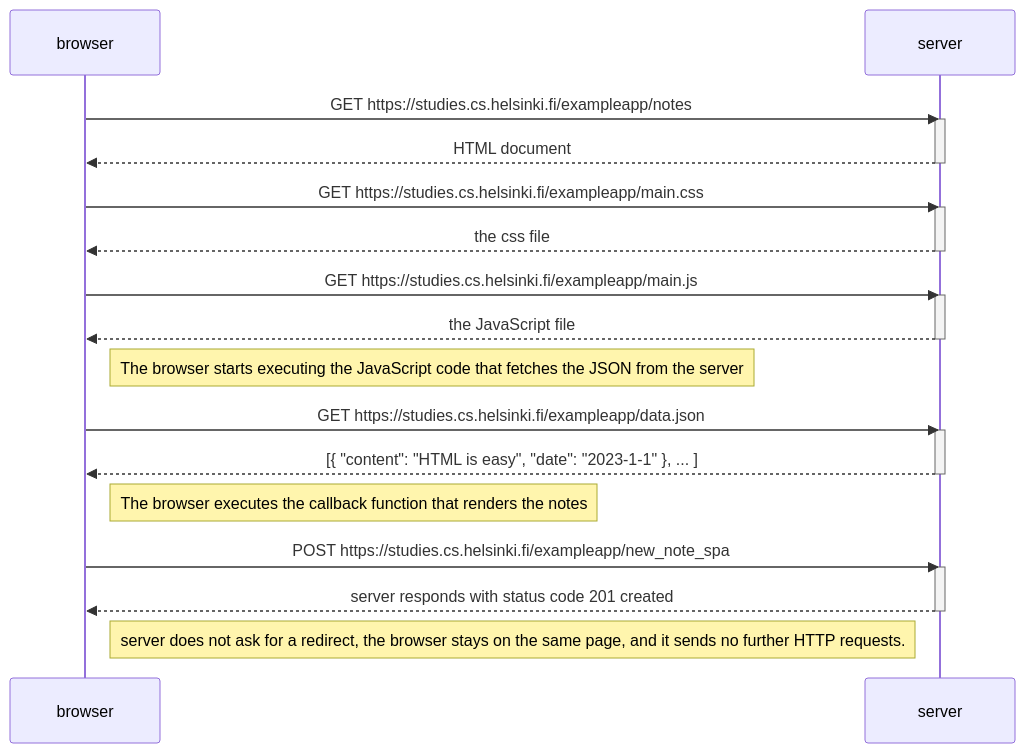
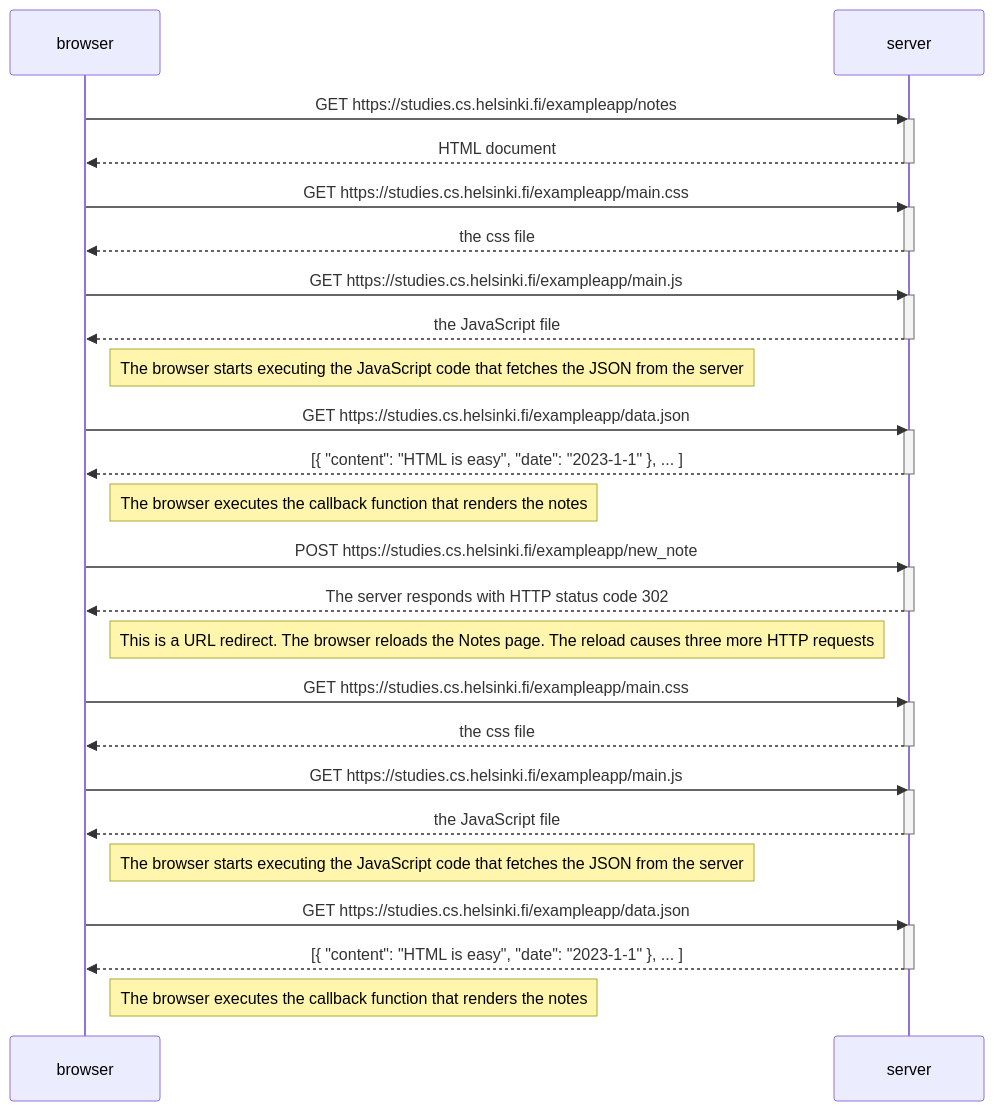
One commit to alifzwan/FullStack-Open changed the diagram in part0/new-note-diagram/README.md. Above: the diagram before and after it, drawn with Mermaid.

````diff
--- a/part0/new-note-diagram/README.md
+++ b/part0/new-note-diagram/README.md
@@ -1,38 +1,57 @@
 ```mermaid
 sequenceDiagram
     participant browser
     participant server
 
     browser->>server: GET https://studies.cs.helsinki.fi/exampleapp/notes
     activate server
     server-->>browser: HTML document
     deactivate server
 
     browser->>server: GET https://studies.cs.helsinki.fi/exampleapp/main.css
     activate server
     server-->>browser: the css file
     deactivate server
 
     browser->>server: GET https://studies.cs.helsinki.fi/exampleapp/main.js
     activate server
     server-->>browser: the JavaScript file
     deactivate server
 
     Note right of browser: The browser starts executing the JavaScript code that fetches the JSON from the server
 
     browser->>server: GET https://studies.cs.helsinki.fi/exampleapp/data.json
     activate server
     server-->>browser: [{ "content": "HTML is easy", "date": "2023-1-1" }, ... ]
     deactivate server
 
     Note right of browser: The browser executes the callback function that renders the notes
 
-    browser->>server: POST https://studies.cs.helsinki.fi/exampleapp/new_note_spa
+    browser->>server: POST https://studies.cs.helsinki.fi/exampleapp/new_note
     activate server
-    server-->>browser: server responds with status code 201 created
+    server-->>browser: The server responds with HTTP status code 302
     deactivate server
 
-    Note right of browser: server does not ask for a redirect, the browser stays on the same page, and it sends no further HTTP requests.
+    Note right of browser: This is a URL redirect. The browser reloads the Notes page. The reload causes three more HTTP requests
+
+    browser->>server: GET https://studies.cs.helsinki.fi/exampleapp/main.css
+    activate server
+    server-->>browser: the css file
+    deactivate server
+
+    browser->>server: GET https://studies.cs.helsinki.fi/exampleapp/main.js
+    activate server
+    server-->>browser: the JavaScript file
+    deactivate server
+
+    Note right of browser: The browser starts executing the JavaScript code that fetches the JSON from the server
+
+    browser->>server: GET https://studies.cs.helsinki.fi/exampleapp/data.json
+    activate server
+    server-->>browser: [{ "content": "HTML is easy", "date": "2023-1-1" }, ... ]
+    deactivate server
+
+    Note right of browser: The browser executes the callback function that renders the notes
 
     
 ``` 
````
